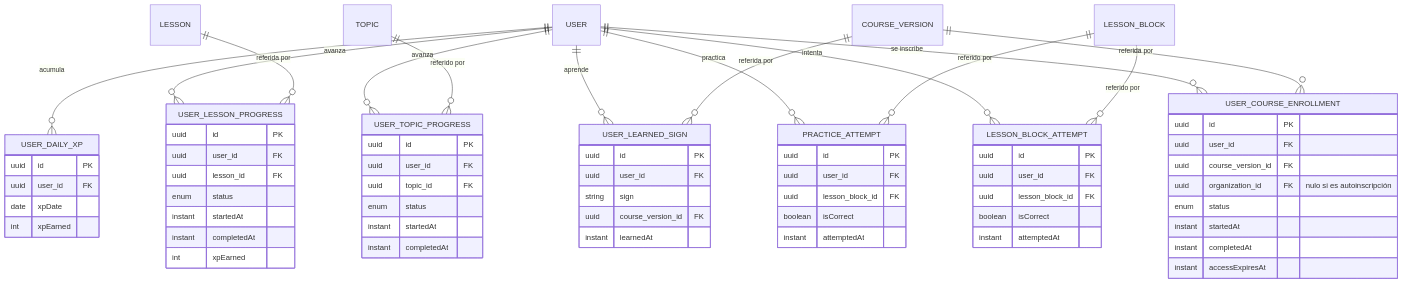
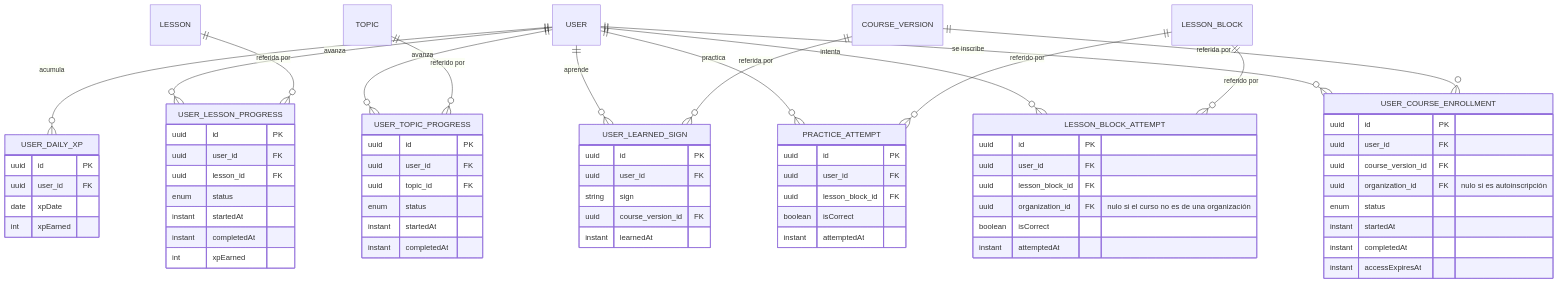
The fourth of 10 diagrams in docs/diagrams/er.md (signasource/signa-api), drawn with Mermaid before and after one commit. The commit also changed other lines of this file and 4 other files, not shown here.

First line of the commit message:
docs: sync CLAUDE.md, README and diagrams with the current code

````diff
--- a/docs/diagrams/er.md
+++ b/docs/diagrams/er.md
@@ -190,71 +232,72 @@
 ```mermaid
 erDiagram
     USER ||--o{ USER_COURSE_ENROLLMENT : "se inscribe"
     USER ||--o{ USER_TOPIC_PROGRESS : "avanza"
     USER ||--o{ USER_LESSON_PROGRESS : "avanza"
     USER ||--o{ LESSON_BLOCK_ATTEMPT : "intenta"
     USER ||--o{ PRACTICE_ATTEMPT : "practica"
     USER ||--o{ USER_DAILY_XP : "acumula"
     USER ||--o{ USER_LEARNED_SIGN : "aprende"
     COURSE_VERSION ||--o{ USER_COURSE_ENROLLMENT : "referida por"
     COURSE_VERSION ||--o{ USER_LEARNED_SIGN : "referida por"
     TOPIC ||--o{ USER_TOPIC_PROGRESS : "referido por"
     LESSON ||--o{ USER_LESSON_PROGRESS : "referida por"
     LESSON_BLOCK ||--o{ LESSON_BLOCK_ATTEMPT : "referido por"
     LESSON_BLOCK ||--o{ PRACTICE_ATTEMPT : "referido por"
 
     USER_COURSE_ENROLLMENT {
         uuid id PK
         uuid user_id FK
         uuid course_version_id FK
         uuid organization_id FK "nulo si es autoinscripción"
         enum status
         instant startedAt
         instant completedAt
         instant accessExpiresAt
     }
     USER_TOPIC_PROGRESS {
         uuid id PK
         uuid user_id FK
         uuid topic_id FK
         enum status
         instant startedAt
         instant completedAt
     }
     USER_LESSON_PROGRESS {
         uuid id PK
         uuid user_id FK
         uuid lesson_id FK
         enum status
         instant startedAt
         instant completedAt
         int xpEarned
     }
     LESSON_BLOCK_ATTEMPT {
         uuid id PK
         uuid user_id FK
         uuid lesson_block_id FK
+        uuid organization_id FK "nulo si el curso no es de una organización"
         boolean isCorrect
         instant attemptedAt
     }
     PRACTICE_ATTEMPT {
         uuid id PK
         uuid user_id FK
         uuid lesson_block_id FK
         boolean isCorrect
         instant attemptedAt
     }
     USER_DAILY_XP {
         uuid id PK
         uuid user_id FK
         date xpDate
         int xpEarned
     }
     USER_LEARNED_SIGN {
         uuid id PK
         uuid user_id FK
         string sign
         uuid course_version_id FK
         instant learnedAt
     }
 ```
````
